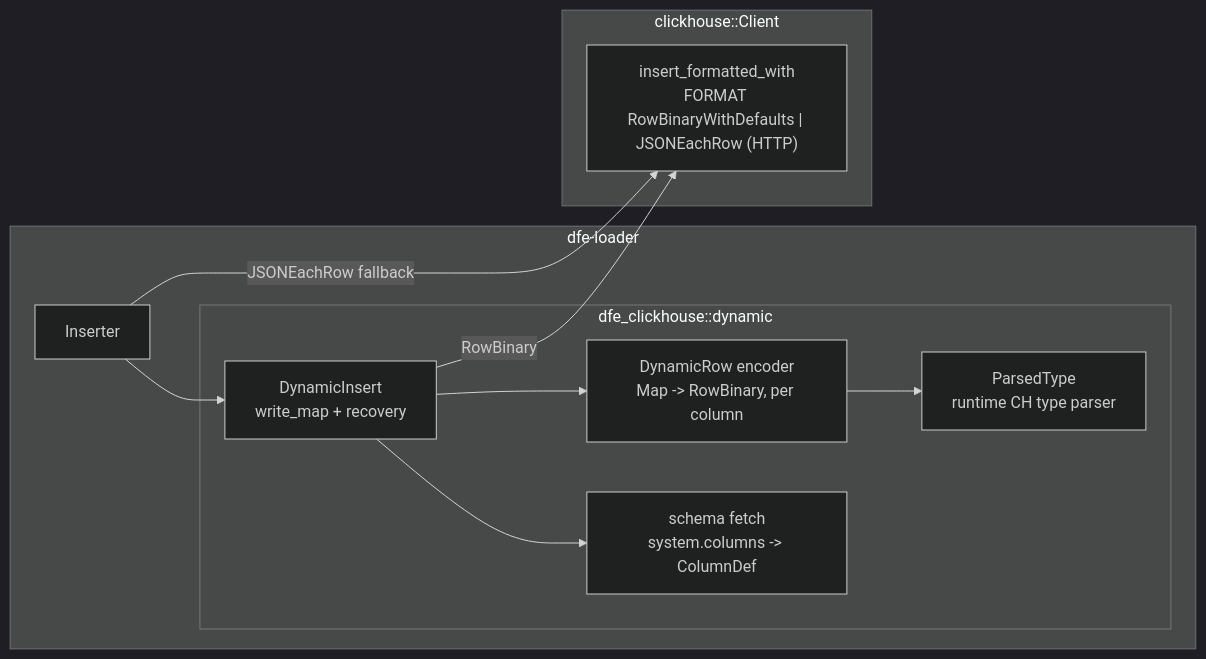
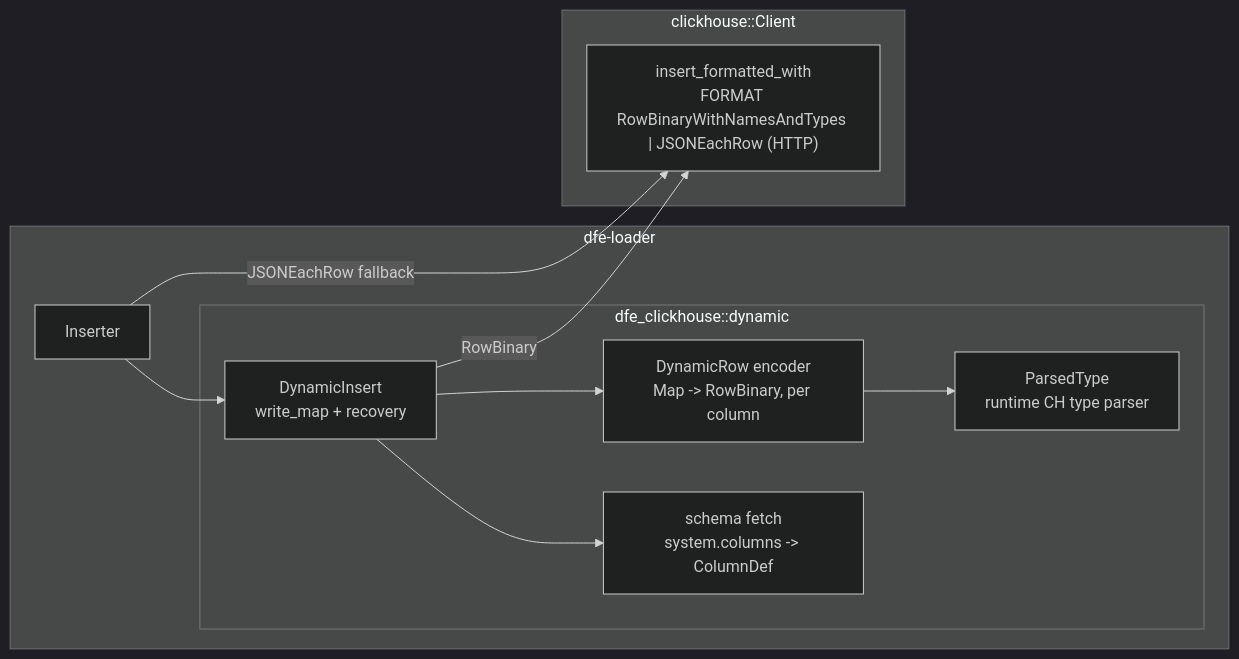
One commit to hyperi-io/dfe-loader changed the second of 3 diagrams in docs/architecture.md. Above: the diagram before and after it, drawn with Mermaid (dark theme). The commit also changed other lines of this file and 30 other files, not shown here.

````diff
--- a/docs/architecture.md
+++ b/docs/architecture.md
@@ -68,21 +68,21 @@
 ```mermaid
 flowchart LR
     subgraph loader["dfe-loader"]
         INS["Inserter"]
         subgraph ext["dfe_clickhouse::dynamic"]
             PT["ParsedType<br/>runtime CH type parser"]
             ENC["DynamicRow encoder<br/>Map -> RowBinary, per column"]
             SCH["schema fetch<br/>system.columns -> ColumnDef"]
             DI["DynamicInsert<br/>write_map + recovery"]
         end
     end
     subgraph client["clickhouse::Client"]
-        IFW["insert_formatted_with<br/>FORMAT RowBinaryWithDefaults | JSONEachRow (HTTP)"]
+        IFW["insert_formatted_with<br/>FORMAT RowBinaryWithNamesAndTypes | JSONEachRow (HTTP)"]
     end
 
     INS --> DI
     DI --> ENC --> PT
     DI --> SCH
     DI -->|RowBinary| IFW
     INS -->|JSONEachRow fallback| IFW
 ```
````
